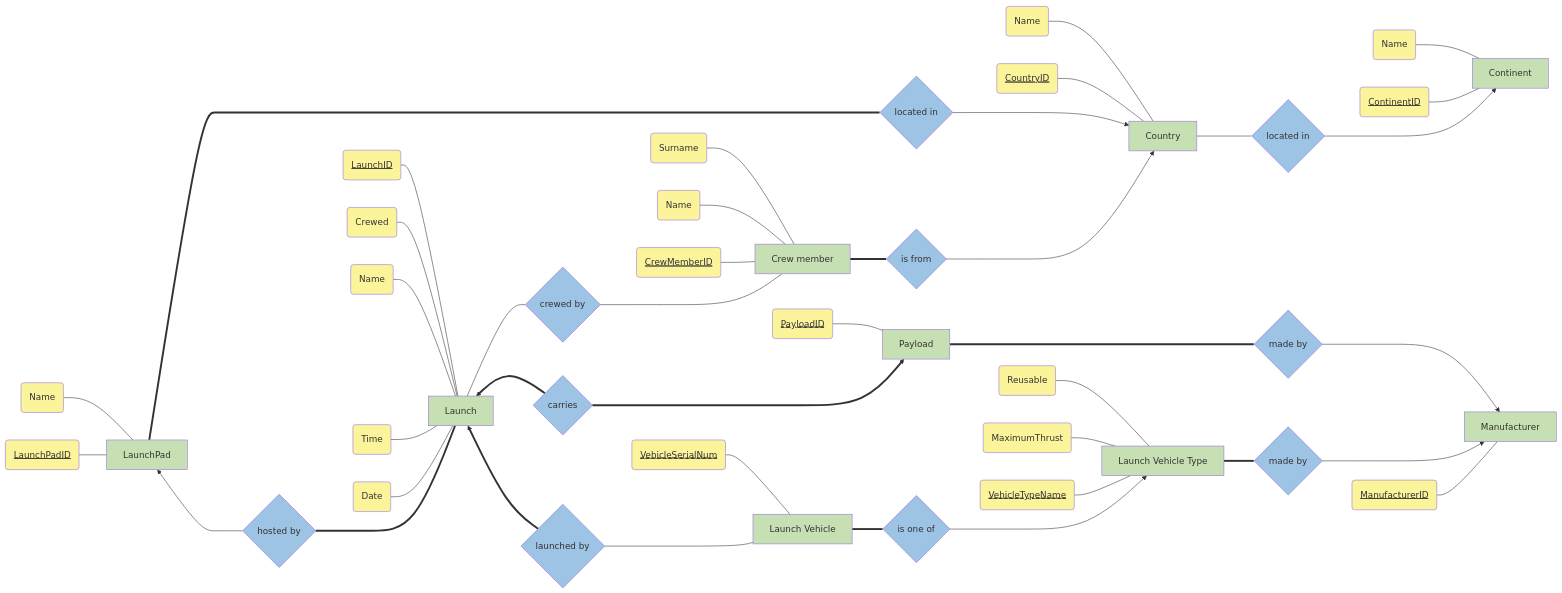
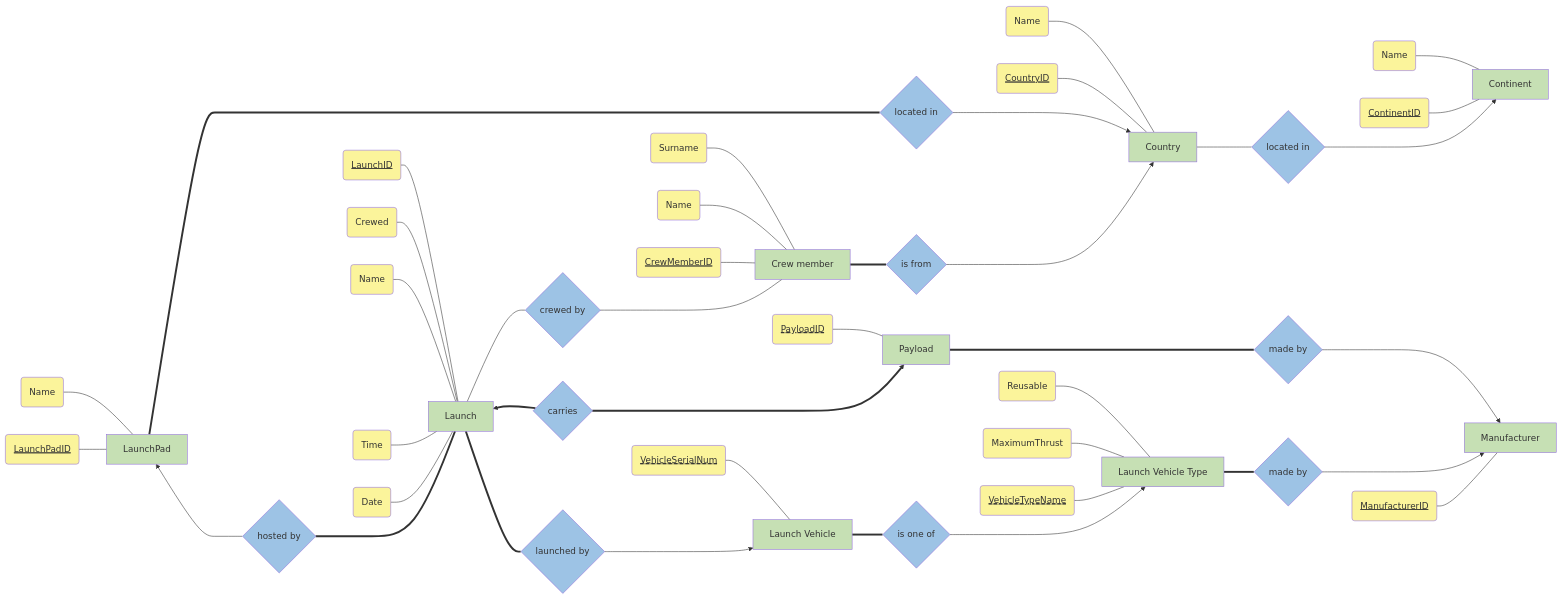
The diagram in src/erd.mmd (andrew-chang-dewitt/cs_425-hw_1_4), drawn with Mermaid before and after one commit.

Commit message:
Fix Launch:LaunchVehicle cardinality.

```diff
--- a/src/erd.mmd
+++ b/src/erd.mmd
@@ -1,113 +1,112 @@
 graph LR
     %% ===
     %% LAUNCHPAD
     %% ---
     %% Rule: Each launchpad has a name and a location.
     lpid(LaunchPadID):::pk --- LP[LaunchPad]:::entity
     lpn(Name):::attr --- LP
     %% Rule: A launchpad hosts multiple launches over time, and each launch is hosted by exactly one launchpad. Therefore, Launchpads will be created in the database even before the first launch is hosted there.
     LP ~~~ H ---> LP
     H ~~~ LP
     %% trick w/ double invisible links to make backwards arrows work better,
     %% from: https://github.com/mermaid-js/mermaid/issues/3208#issuecomment-1531104444
     %% Rule: A launchpad is located in a country, and a country, in turn, is located on a continent.
     LP === Lli{located in}:::relation
 
     %% ===
     %% LAUNCH
     %% ---
     %% Rule: A launch requires a launchpad that hosts it ...
     H{hosted by}:::relation ==== L[Launch]:::entity
     %% Rule: Multiple crew members can be carried on a crewed launch, and each crew member can be carried on multiple launches over time.
     L --- CB{crewed by}:::relation
     %% Rule: A launch requires ... the payload.
     L ~~~ CP
     CP{carries}:::relation ==> L
     CP ~~~ L
     %% Rule: A launch requires ... a launch vehicle (The rocket) ...
     %% Rule: Each launch is performed by a launch vehicle. The serial number for the launch vehicle should be recorded. A launch vehicle can perform multiple launches over time.
-    L ~~~ LB{launched by}:::relation ==> L
-    LB ~~~ L
+    L === LB{launched by}:::relation
     %% Rule: For a launch, the date, time and name should be recorded as well as whether it is a crewed launch or not.
     ld(Date):::attr --- L
     lt(Time):::attr --- L
     ln(Name):::attr --- L
     lc(Crewed):::attr --- L
     lid(LaunchID):::pk --- L
 
     %% ===
     %% LAUNCH VEHICLE
     %% ---
     %% Rule: Each launch is performed by a launch vehicle. The serial number for the launch vehicle should be recorded. A launch vehicle can perform multiple launches over time.
-    LB ---- LV[Launch Vehicle]:::weakEntity
+    LB ---> LV[Launch Vehicle]:::weakEntity
     lvsn(VehicleSerialNum):::disc --- LV
     %% Rule: A launch requires ... a launch vehicle (The rocket) ... .
     LV === Isa{is one of}:::weakRelation
 
     %% ===
     %% LAUNCH VEHICLE TYPE
     %% ---
     %% Rule: Each launch vehicle is of a specific launch vehicle type. The name, maximum thrust and whether it is reusable need to be recorded for the launch vehicle type.
     Isa ---> LVT[Launch Vehicle Type]:::weakEntity
     lvtn(VehicleTypeName):::disc --- LVT
     lvtt(MaximumThrust):::attr --- LVT
     lvtr(Reusable):::attr --- LVT
 
     %% ===
     %% PAYLOAD
     %% ---
     %% Rule: Each launch carries one payload, and a payload is only carried by one launch.
     CP ====> P
     %% Rule: A manufacturer also makes each payload, and a manufacturer can make many different payloads over time.
     P[Payload]:::weakEntity ===== PMb{made by}:::weakRelation
     plid(PayloadID):::disc --- P
 
     %% ===
     %% Manufacturer
     %% ---
     mid(ManufacturerID):::pk --- M[Manufacturer]:::entity
     %% Rule: A specific manufacturer makes each launch vehicle type, and a manufacturer can make many different launch vehicle types.
     LVT === LVMb{made by}:::weakRelation
     LVMb ---> M
     %% Rule: A manufacturer also makes each payload, and a manufacturer can make many different payloads over time.
     PMb ---> M
 
     %% ===
     %% CREW
     %% ---
     %% Rule: Multiple crew members can be carried on a crewed launch, and each crew member can be carried on multiple launches over time.
     %% Rule: Each crew member has a nationality (the country they come from), and their name and surname also need to be recorded.
     %% Rule: Crew members can appear in the database before they launch for the first time
     CB ---- C[Crew member]:::entity
     C === If{is from}:::relation
     cid(CrewMemberID):::pk --- C
     cn(Name):::attr --- C
     cs(Surname):::attr --- C
 
     %% ===
     %% COUNTRY
     %% ---
     %% Rule: Each crew member has a nationality (the country they come from), and their name and surname also need to be recorded.
     If ---> Cu
     %% Rule: A launchpad is located in a country, and a country, in turn, is located on a continent.
     Lli ---> Cu
     Cu[Country]:::entity --- Li{located in}:::relation
     Li ---> Co[Continent]:::entity
     cuid(CountryID):::pk --- Cu
     cun(Name):::attr --- Cu
     coid(ContinentID):::pk --- Co
     con(Name):::attr --- Co
 
     %% ===
     %% STYLES
     %% ---
     classDef entity,weakEntity fill:#c6e0b4;
     classDef relation,weakRelation fill:#9dc3e5;
     classDef attr,subAttr,derAttr,pk,disc,multi fill:#fbf49b;
     classDef subAttr,derAttr,multi stroke:red;
     classDef derAttr stroke-dasharray: 10 5;
     classDef pk text-decoration: underline;
     classDef disc text-decoration: underline dashed;
     %% optional attr links
     %% FIXME: change numbers to correct links below & uncomment
     %% linkStyle 1,4,26,39,45,51,65 stroke:red, stroke-dasharray: 10 5;
```
